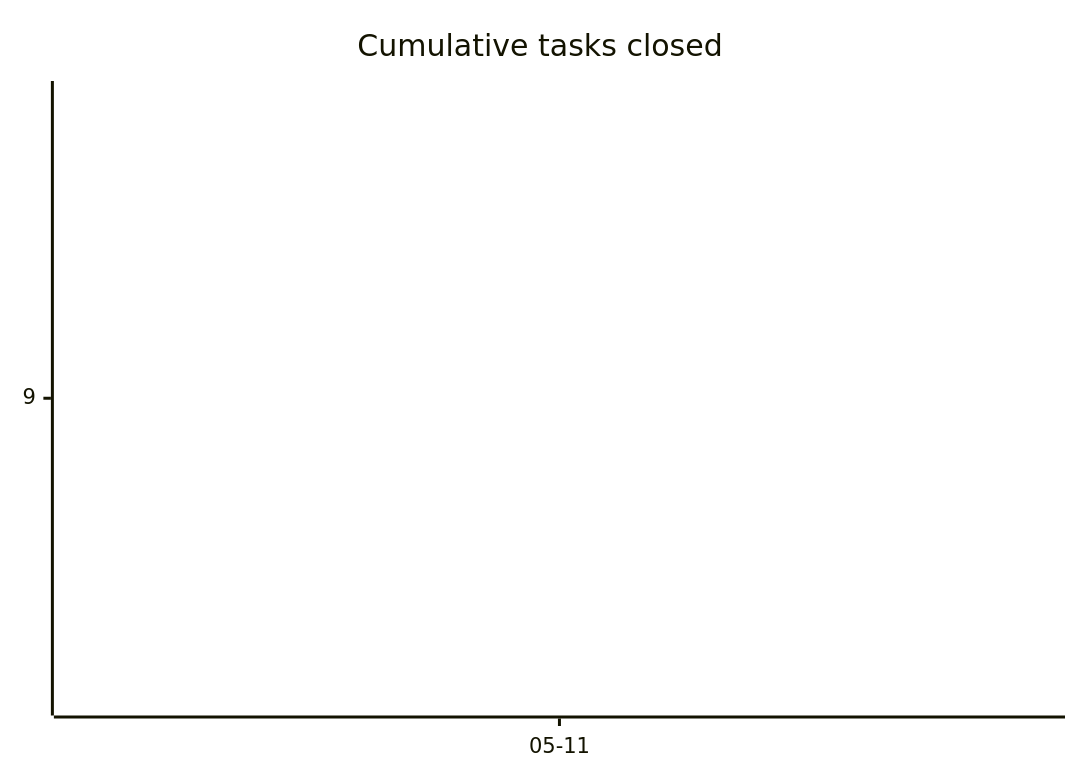
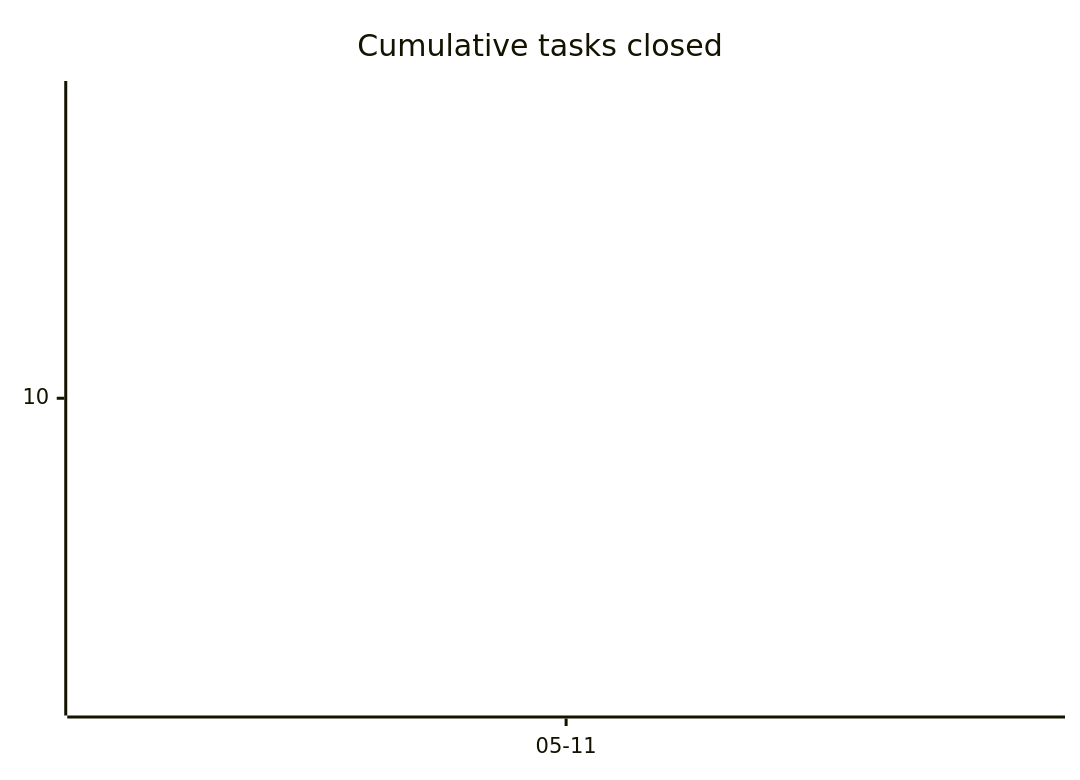
One commit to tgd1975/AwesomeGuitarPedal changed the first of 3 diagrams in docs/developers/tasks/OVERVIEW.md. Above: the diagram before and after it, drawn with Mermaid. The commit also changed other lines of this file and 13 other files, not shown here.

````diff
--- a/docs/developers/tasks/OVERVIEW.md
+++ b/docs/developers/tasks/OVERVIEW.md
@@ -22,6 +22,6 @@
 ```mermaid
 xychart-beta
     title "Cumulative tasks closed"
     x-axis ["05-11"]
-    line [9]
+    line [10]
 ```
````
